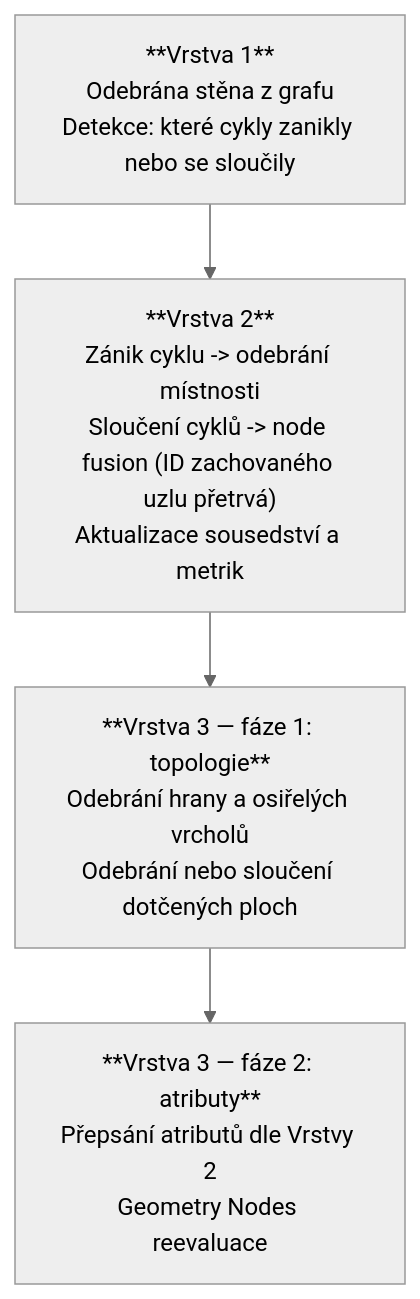
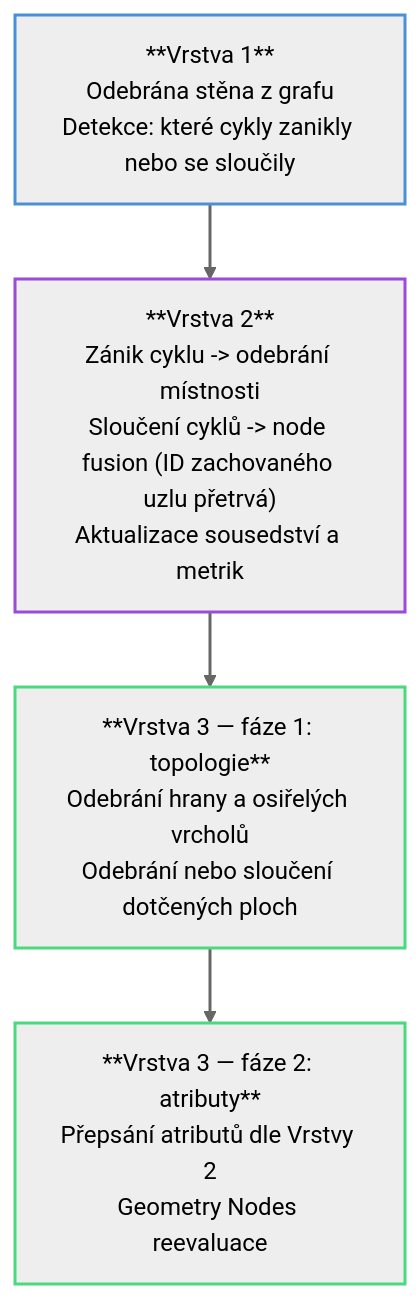
The second of 3 diagrams in docs/sections/03_Design/01_architecture_data_flow.md (TheGingeros/floorplanmaster), drawn with Mermaid (neutral theme) before and after one commit. The commit also changed other lines of this file and 2 other files, not shown here.

First line of the commit message:
diagram color theme change

````diff
--- a/docs/sections/03_Design/01_architecture_data_flow.md
+++ b/docs/sections/03_Design/01_architecture_data_flow.md
@@ -18,9 +23,14 @@
 ```mermaid
 flowchart TD
-    V1["**Vrstva 1**<br/>Odebrána stěna z grafu<br/>Detekce: které cykly zanikly nebo se sloučily"]
-    V2["**Vrstva 2**<br/>Zánik cyklu -> odebrání místnosti<br/>Sloučení cyklů -> node fusion (ID zachovaného uzlu přetrvá)<br/>Aktualizace sousedství a metrik"]
-    V3F1["**Vrstva 3 — fáze 1: topologie**<br/>Odebrání hrany a osiřelých vrcholů<br/>Odebrání nebo sloučení dotčených ploch"]
-    V3F2["**Vrstva 3 — fáze 2: atributy**<br/>Přepsání atributů dle Vrstvy 2<br/>Geometry Nodes reevaluace"]
+    V1["**Vrstva 1**<br/>Odebrána stěna z grafu<br/>Detekce: které cykly zanikly nebo se sloučily"]:::v1
+    V2["**Vrstva 2**<br/>Zánik cyklu -> odebrání místnosti<br/>Sloučení cyklů -> node fusion (ID zachovaného uzlu přetrvá)<br/>Aktualizace sousedství a metrik"]:::v2
+    V3F1["**Vrstva 3 — fáze 1: topologie**<br/>Odebrání hrany a osiřelých vrcholů<br/>Odebrání nebo sloučení dotčených ploch"]:::v3
+    V3F2["**Vrstva 3 — fáze 2: atributy**<br/>Přepsání atributů dle Vrstvy 2<br/>Geometry Nodes reevaluace"]:::v3
 
     V1 --> V2 --> V3F1 --> V3F2
+
+    classDef v1 stroke:#4a90d9,stroke-width:2px
+    classDef v2 stroke:#9b4ad9,stroke-width:2px
+    classDef v3 stroke:#4ad97c,stroke-width:2px
+    linkStyle default stroke-width:2px
 ```
````
